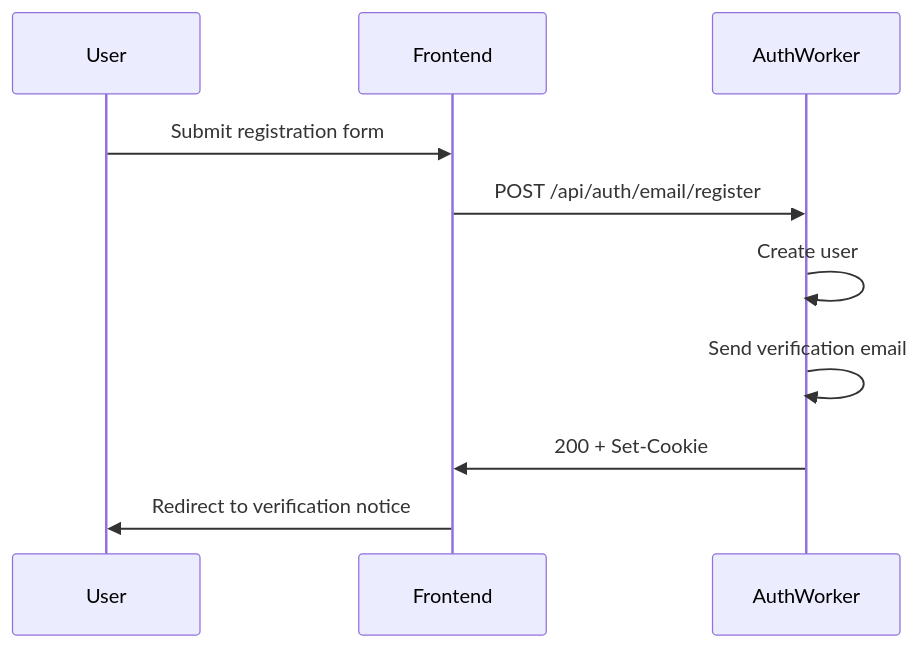
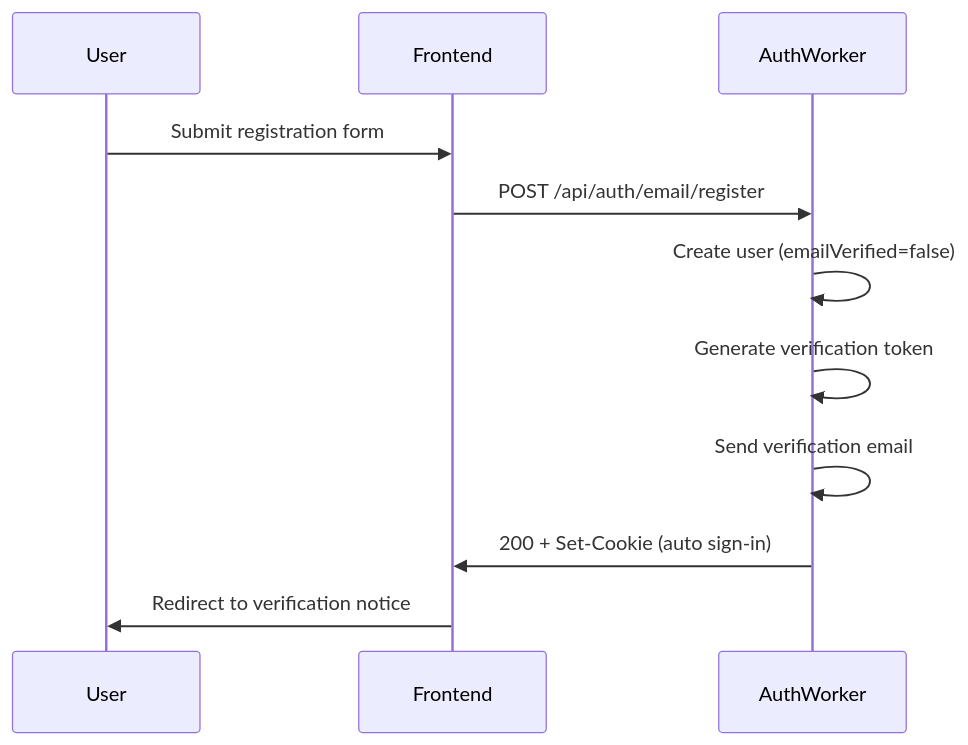
The fourth of 8 diagrams in design/frontend/AUTH.md (brucemckayone/codex), drawn with Mermaid before and after one commit. The commit also changed other lines of this file and 5 other files, not shown here.

````diff
--- a/design/frontend/AUTH.md
+++ b/design/frontend/AUTH.md
@@ -127,13 +158,14 @@
 ```mermaid
 sequenceDiagram
     participant User
     participant Frontend
     participant AuthWorker
 
     User->>Frontend: Submit registration form
     Frontend->>AuthWorker: POST /api/auth/email/register
-    AuthWorker->>AuthWorker: Create user
+    AuthWorker->>AuthWorker: Create user (emailVerified=false)
+    AuthWorker->>AuthWorker: Generate verification token
     AuthWorker->>AuthWorker: Send verification email
-    AuthWorker->>Frontend: 200 + Set-Cookie
+    AuthWorker->>Frontend: 200 + Set-Cookie (auto sign-in)
     Frontend->>User: Redirect to verification notice
 ```
````
